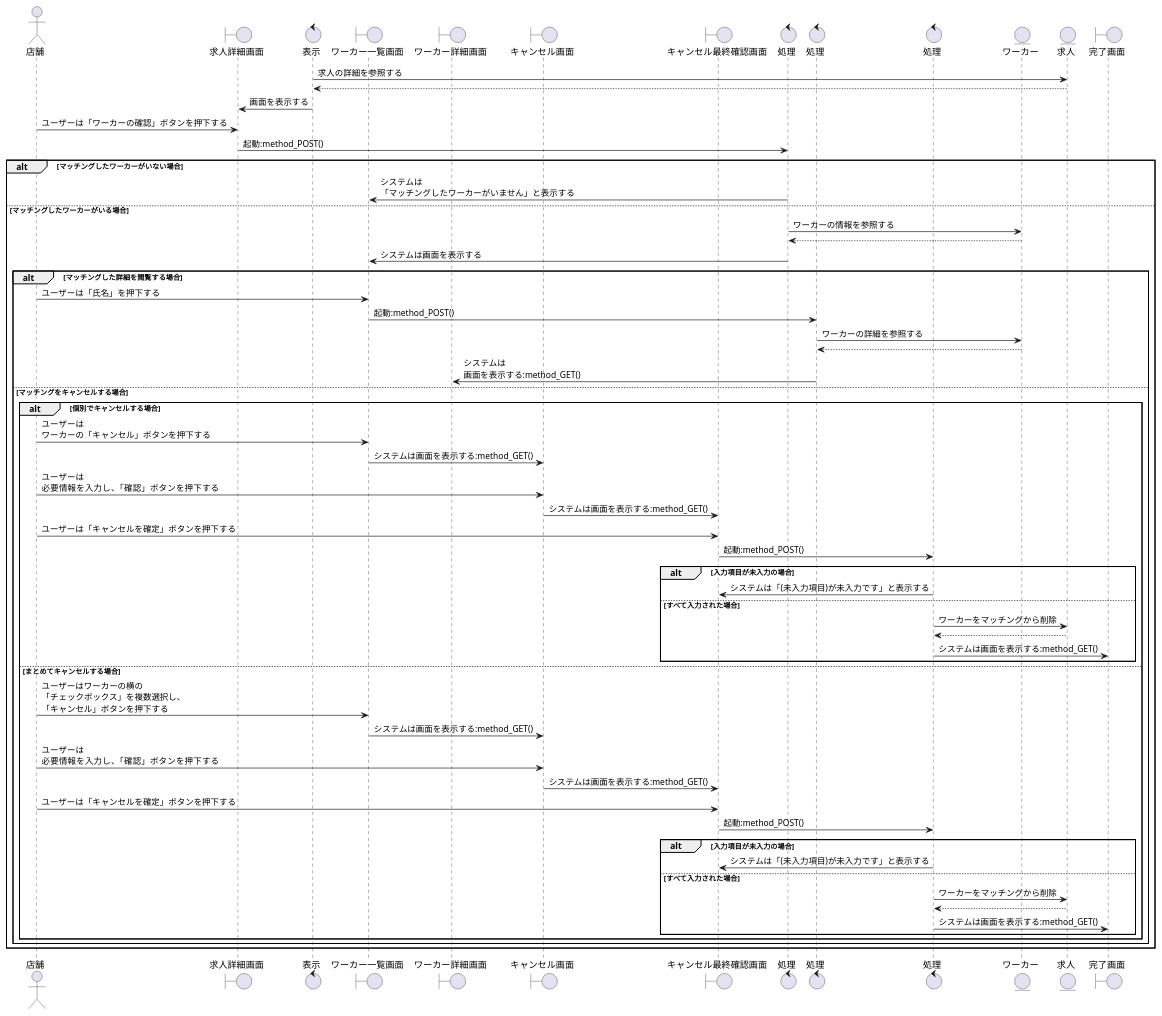
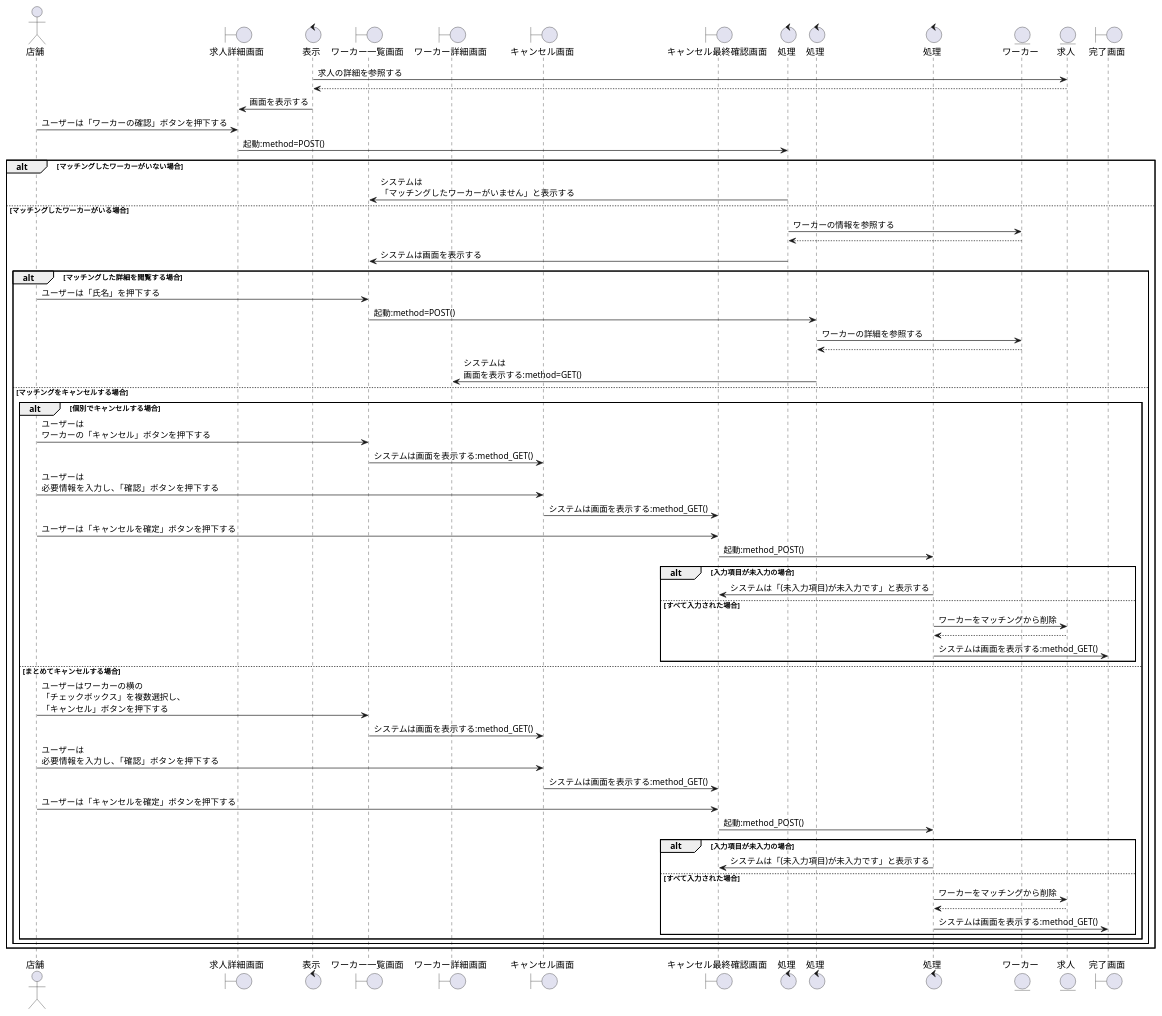
Before and after one commit to irukacb256/high_Me: the diagram in sequence_fig/8_storeside_fn/04_マッチングしたワーカーの確認をする.pu, drawn with PlantUML. The commit also changed 13 other files, not shown here.

```diff
--- a/sequence_fig/8_storeside_fn/04_マッチングしたワーカーの確認をする.pu
+++ b/sequence_fig/8_storeside_fn/04_マッチングしたワーカーの確認をする.pu
@@ -1,82 +1,82 @@
 @startuml マッチングしたワーカーの確認をする
 
 actor 店舗 as cp1
 
 boundary 求人詳細画面 as b1
 control 表示 as co1
 boundary ワーカー一覧画面 as b2
 boundary ワーカー詳細画面 as b3
 boundary キャンセル画面 as b4
 boundary キャンセル最終確認画面 as b5
 control 処理 as co2
 control 処理 as co3
 control 処理 as co4
 
 entity ワーカー as wo1
 entity 求人 as jb1
 boundary 完了画面 as b6
 
 co1 -> jb1 : 求人の詳細を参照する
 co1 <-- jb1
 co1 -> b1 : 画面を表示する
 cp1 -> b1 : ユーザーは「ワーカーの確認」ボタンを押下する
-b1 -> co2 : 起動:method_POST()
+b1 -> co2 : 起動:method=POST()
 
 alt マッチングしたワーカーがいない場合
     co2 -> b2 : システムは\n「マッチングしたワーカーがいません」と表示する
 
 else マッチングしたワーカーがいる場合
     co2 -> wo1 : ワーカーの情報を参照する
     co2 <-- wo1
     co2 -> b2 : システムは画面を表示する
 
     alt マッチングした詳細を閲覧する場合
         cp1 -> b2 : ユーザーは「氏名」を押下する
-        b2 -> co3 : 起動:method_POST()
+        b2 -> co3 : 起動:method=POST()
         co3 -> wo1 : ワーカーの詳細を参照する
         co3 <-- wo1
-        co3 -> b3 : システムは\n画面を表示する:method_GET()
+        co3 -> b3 : システムは\n画面を表示する:method=GET()
 
     else マッチングをキャンセルする場合
 
         alt 個別でキャンセルする場合
             cp1 -> b2 : ユーザーは\nワーカーの「キャンセル」ボタンを押下する
             b2 -> b4 : システムは画面を表示する:method_GET()
             cp1 -> b4 : ユーザーは\n必要情報を入力し、「確認」ボタンを押下する
             b4 -> b5 : システムは画面を表示する:method_GET()
             cp1 -> b5 : ユーザーは「キャンセルを確定」ボタンを押下する
             b5 -> co4 : 起動:method_POST()
 
             alt 入力項目が未入力の場合
                 co4 -> b5 : システムは「(未入力項目)が未入力です」と表示する
 
             else すべて入力された場合
                 co4 -> jb1  : ワーカーをマッチングから削除
                 co4 <-- jb1
                 co4 -> b6 : システムは画面を表示する:method_GET()
 
             end
 
         else まとめてキャンセルする場合
 
             cp1 -> b2 : ユーザーはワーカーの横の\n「チェックボックス」を複数選択し、\n「キャンセル」ボタンを押下する
             b2 -> b4 : システムは画面を表示する:method_GET()
             cp1 -> b4 : ユーザーは\n必要情報を入力し、「確認」ボタンを押下する
             b4 -> b5 : システムは画面を表示する:method_GET()
             cp1 -> b5 : ユーザーは「キャンセルを確定」ボタンを押下する
             b5 -> co4 : 起動:method_POST()
 
             alt 入力項目が未入力の場合
                 co4 -> b5 : システムは「(未入力項目)が未入力です」と表示する
 
             else すべて入力された場合
                 co4 -> jb1  : ワーカーをマッチングから削除
                 co4 <-- jb1
                 co4 -> b6 : システムは画面を表示する:method_GET()
 
             end
 
         end
     end
 end
 @enduml
```
